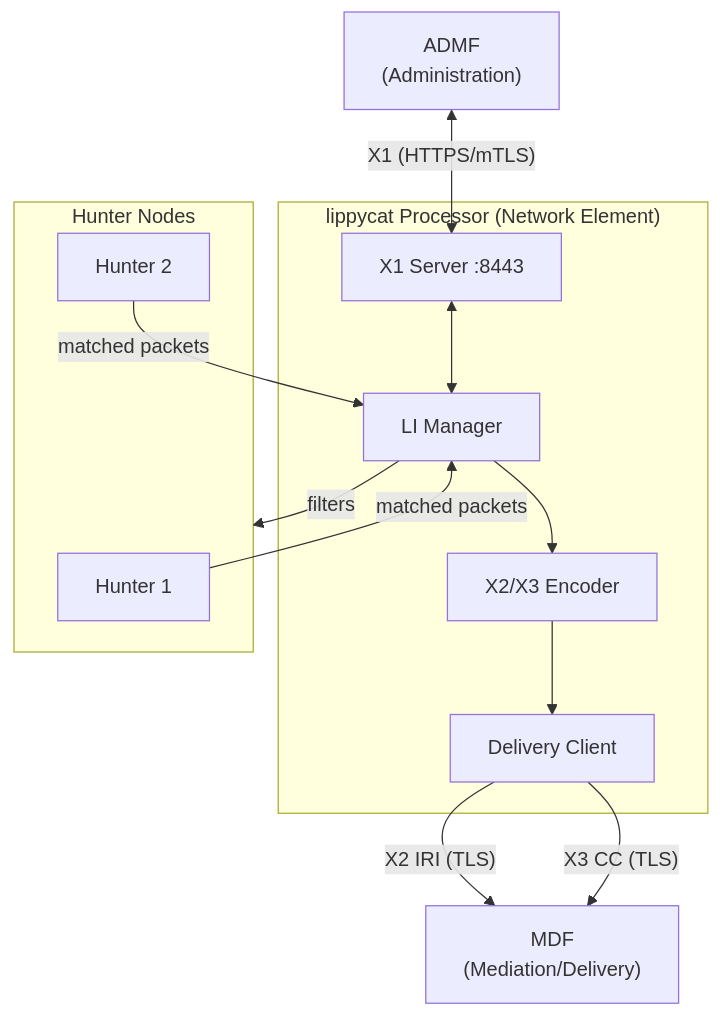
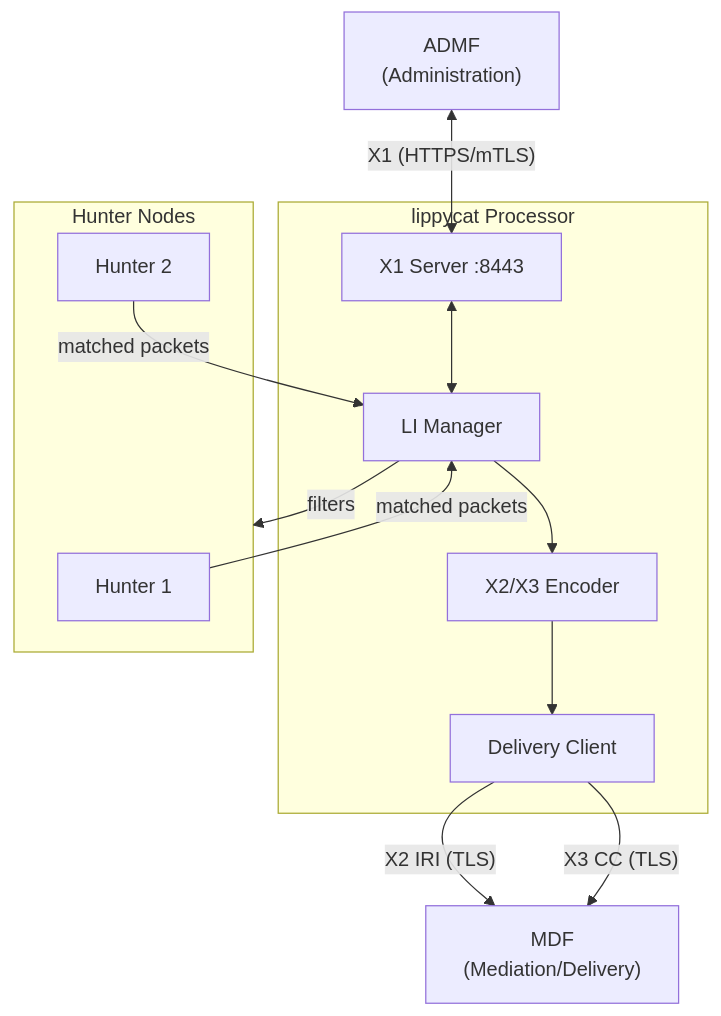
The first of 3 diagrams in docs/manual/src/part5-advanced/lawful-interception.md (endorses/lippycat), drawn with Mermaid before and after one commit. The commit also changed 4 other files, not shown here.

````diff
--- a/docs/manual/src/part5-advanced/lawful-interception.md
+++ b/docs/manual/src/part5-advanced/lawful-interception.md
@@ -23,27 +23,27 @@
 ```mermaid
 flowchart TB
     ADMF["ADMF<br/>(Administration)"]
 
-    subgraph NE["lippycat Processor (Network Element)"]
+    subgraph NE["lippycat Processor"]
         X1["X1 Server :8443"]
         LIM["LI Manager"]
         ENC["X2/X3 Encoder"]
         DC["Delivery Client"]
         X1 <--> LIM
         LIM --> ENC --> DC
     end
 
     subgraph Hunters["Hunter Nodes"]
         H1["Hunter 1"]
         H2["Hunter 2"]
     end
 
     MDF["MDF<br/>(Mediation/Delivery)"]
 
     ADMF <-->|"X1 (HTTPS/mTLS)"| X1
     LIM -->|"filters"| Hunters
     H1 -->|"matched packets"| LIM
     H2 -->|"matched packets"| LIM
     DC -->|"X2 IRI (TLS)"| MDF
     DC -->|"X3 CC (TLS)"| MDF
 ```
````
